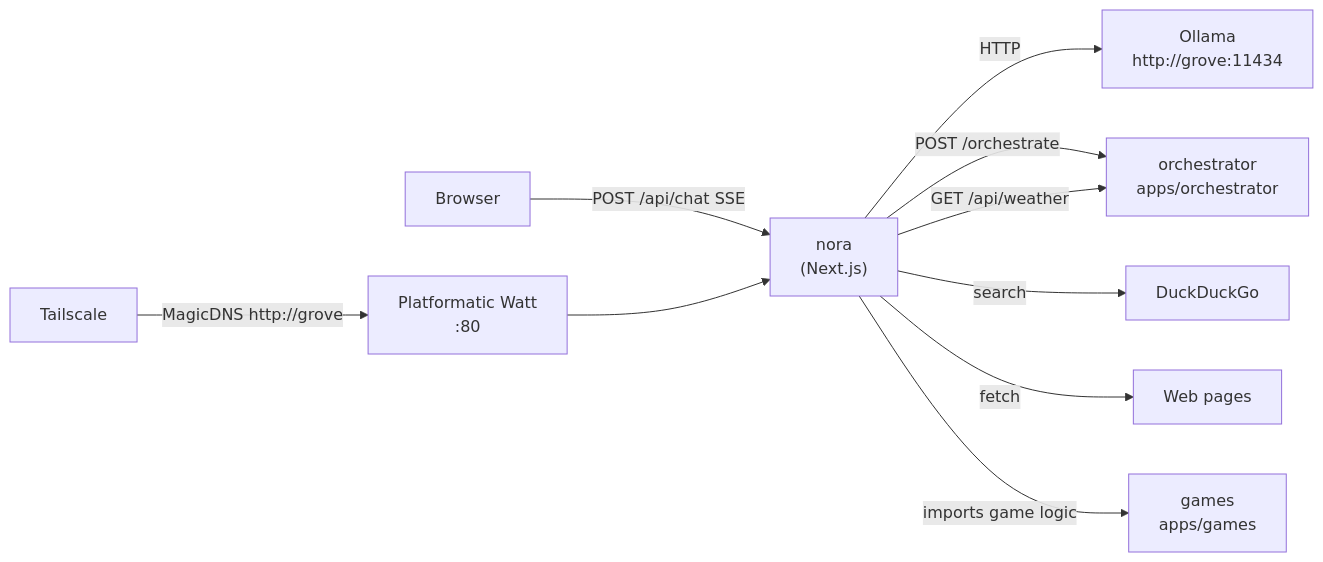
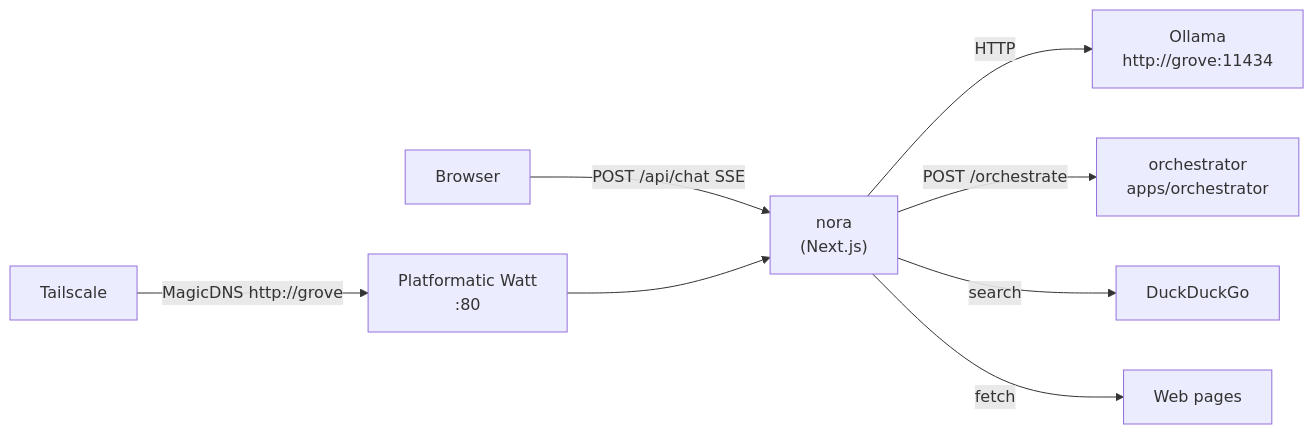
Before and after one commit to kod88vn/grove: the diagram in apps/nora/docs/design/overview.md, drawn with Mermaid. The commit also changed other lines of this file and 143 other files, not shown here.

````diff
--- a/apps/nora/docs/design/overview.md
+++ b/apps/nora/docs/design/overview.md
@@ -9,12 +7,10 @@
 ```mermaid
 flowchart LR
     Browser -->|POST /api/chat SSE| Nora["nora\n(Next.js)"]
     Nora -->|HTTP| Ollama["Ollama\nhttp://grove:11434"]
     Nora -->|POST /orchestrate| Orch["orchestrator\napps/orchestrator"]
-    Nora -->|GET /api/weather| Orch
     Nora -->|search| DDG["DuckDuckGo"]
     Nora -->|fetch| Web["Web pages"]
-    Nora -->|imports game logic| Games["games\napps/games"]
     Tailscale -->|MagicDNS http://grove| Watt["Platformatic Watt\n:80"]
     Watt --> Nora
 ```
````
